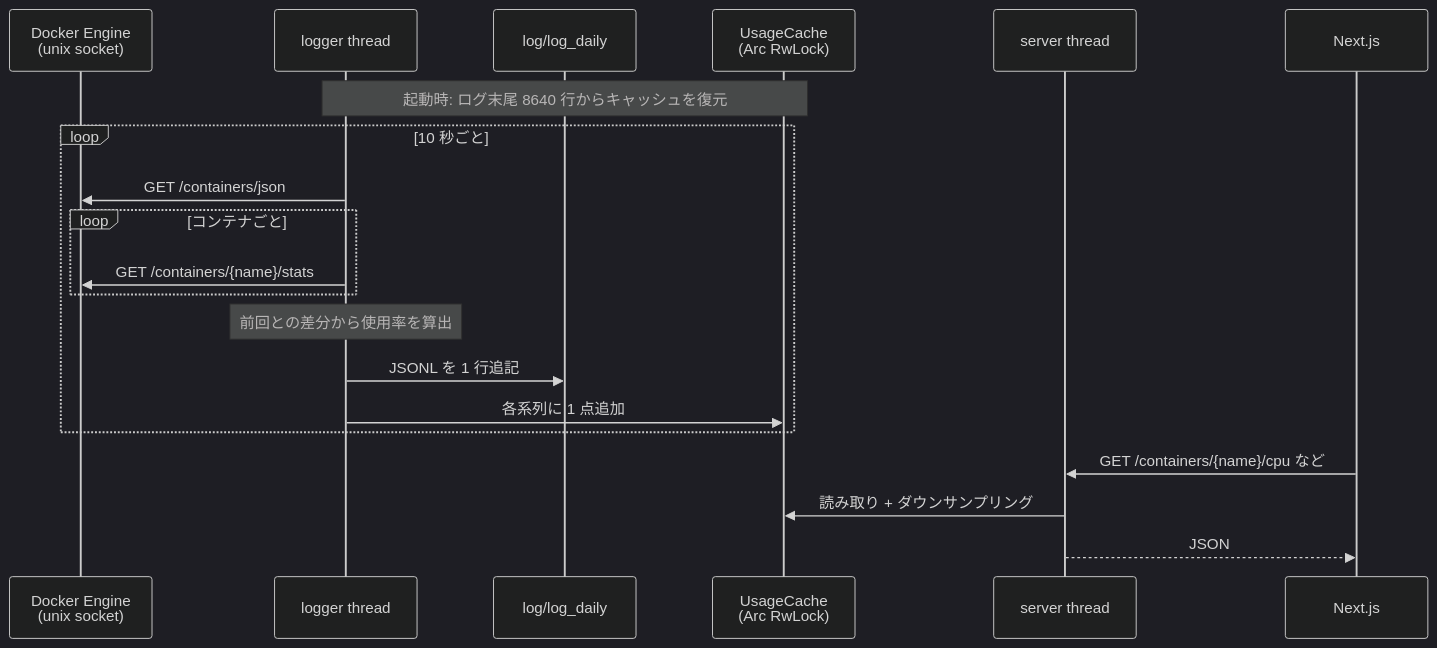
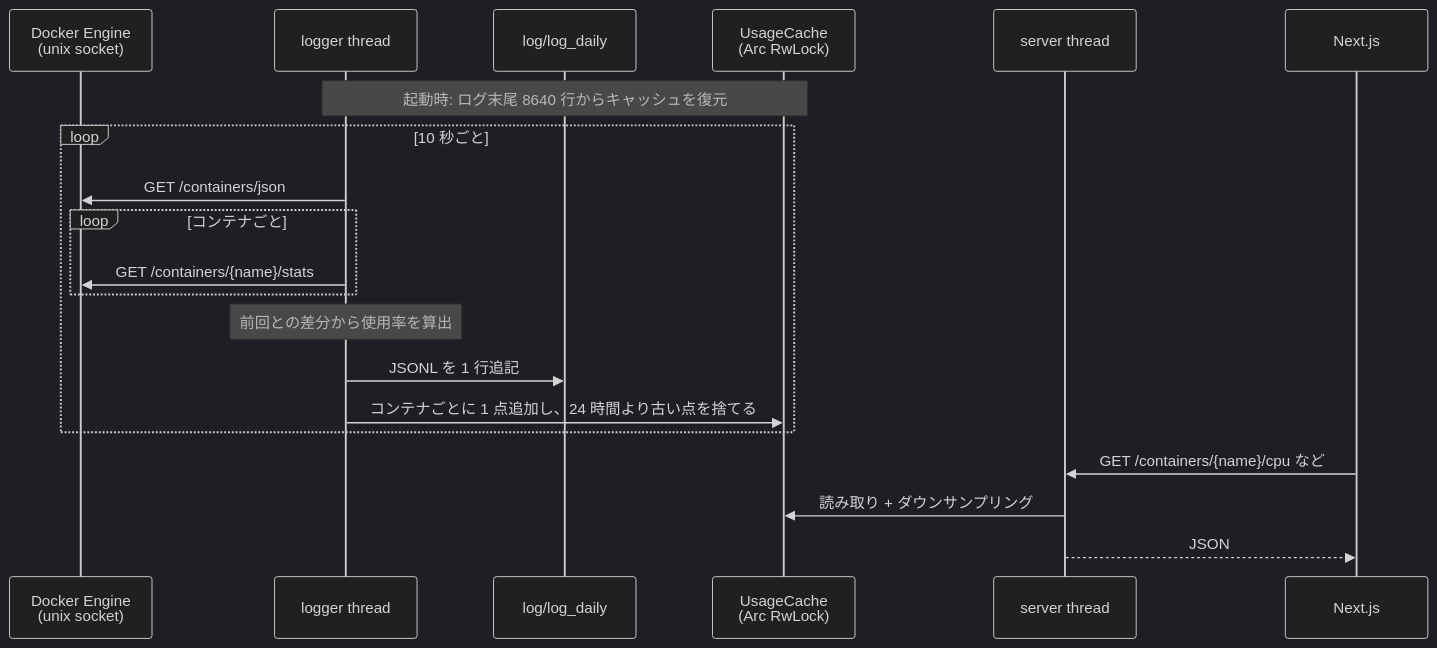
Before and after one commit to Daiius/cephylas: the second of 2 diagrams in core/README.md, drawn with Mermaid (dark theme). The commit also changed other lines of this file and 5 other files, not shown here.

````diff
--- a/core/README.md
+++ b/core/README.md
@@ -50,25 +53,25 @@
 ```mermaid
 sequenceDiagram
     participant docker as Docker Engine<br/>(unix socket)
     participant logger as logger thread
     participant log as log/log_daily
     participant cache as UsageCache<br/>(Arc RwLock)
     participant server as server thread
     participant web as Next.js
 
     note over logger,cache : 起動時: ログ末尾 8640 行からキャッシュを復元
 
     loop 10 秒ごと
         logger ->> docker : GET /containers/json
         loop コンテナごと
             logger ->> docker : GET /containers/{name}/stats
         end
         note over logger : 前回との差分から使用率を算出
         logger ->> log : JSONL を 1 行追記
-        logger ->> cache : 各系列に 1 点追加
+        logger ->> cache : コンテナごとに 1 点追加し、24 時間より古い点を捨てる
     end
 
     web ->> server : GET /containers/{name}/cpu など
     server ->> cache : 読み取り + ダウンサンプリング
     server -->> web : JSON
 ```
````
